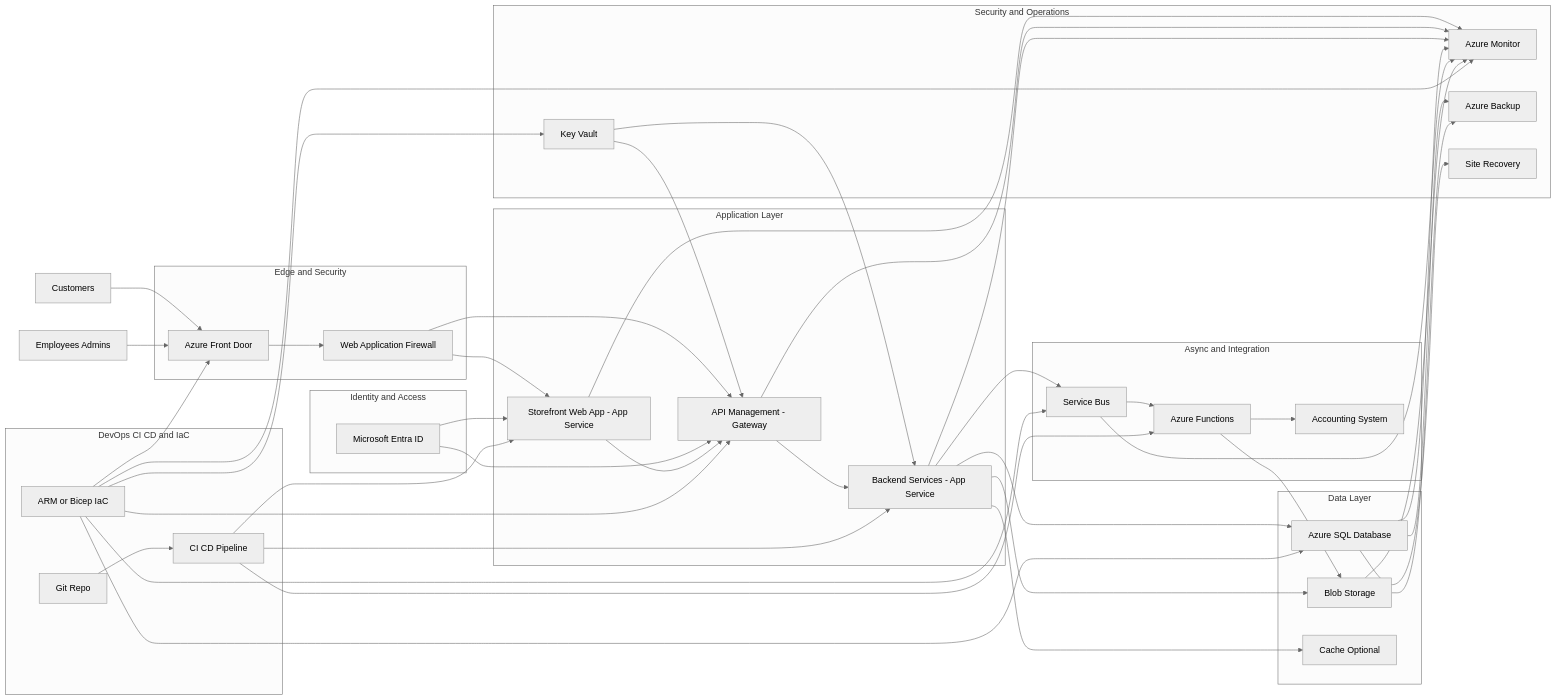
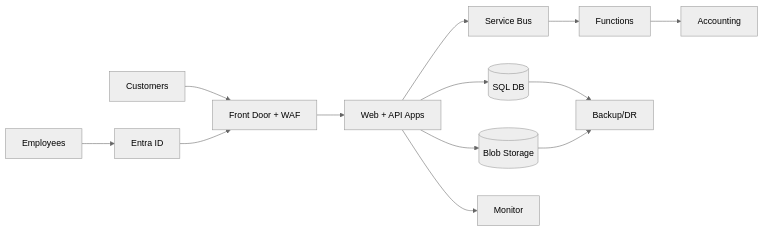
Before and after one commit to Ilyzazai/assignment2_cloudcomputing_diagram: the diagram in README.md, drawn with Mermaid (neutral theme).

````diff
--- a/README.md
+++ b/README.md
@@ -3,89 +3,18 @@
 ```mermaid
 flowchart LR
 
-%% USERS
-U[Customers] --> FD
-E[Employees Admins] --> FD
+U[Customers] --> FD[Front Door + WAF]
+E[Employees] --> ID[Entra ID]
+ID --> FD
 
-%% EDGE
-subgraph Edge[Edge and Security]
-FD[Azure Front Door] --> WAF[Web Application Firewall]
-end
+FD --> APP[Web + API Apps]
+APP --> DB[(SQL DB)]
+APP --> ST[(Blob Storage)]
+APP --> BUS[Service Bus]
+BUS --> FN[Functions]
+FN --> ACC[Accounting]
+APP --> MON[Monitor]
+DB --> BAK[Backup/DR]
+ST --> BAK
 
-WAF --> WEB
-WAF --> APIM
-
-%% IDENTITY
-subgraph Identity[Identity and Access]
-ENTRA[Microsoft Entra ID]
-end
-
-ENTRA --> WEB
-ENTRA --> APIM
-
-%% APP
-subgraph App[Application Layer]
-WEB[Storefront Web App - App Service] --> APIM[API Management - Gateway]
-APIM --> SVC[Backend Services - App Service]
-end
-
-%% DATA
-subgraph Data[Data Layer]
-SQL[Azure SQL Database]
-BLOB[Blob Storage]
-CACHE[Cache Optional]
-end
-
-SVC --> SQL
-SVC --> BLOB
-SVC --> CACHE
-
-%% INTEGRATION
-subgraph Integration[Async and Integration]
-SB[Service Bus] --> FUNC[Azure Functions]
-ACC[Accounting System]
-end
-
-SVC --> SB
-FUNC --> BLOB
-FUNC --> ACC
-
-%% OPS
-subgraph Ops[Security and Operations]
-KV[Key Vault]
-MON[Azure Monitor]
-BAK[Azure Backup]
-DR[Site Recovery]
-end
-
-KV --> SVC
-KV --> APIM
-
-WEB --> MON
-APIM --> MON
-SVC --> MON
-SQL --> MON
-SB --> MON
-BLOB --> MON
-
-SQL --> BAK
-BLOB --> BAK
-SQL --> DR
-
-%% DEVOPS
-subgraph DevOps[DevOps CI CD and IaC]
-GIT[Git Repo] --> PIPE[CI CD Pipeline]
-IAC[ARM or Bicep IaC]
-end
-
-PIPE --> WEB
-PIPE --> SVC
-PIPE --> FUNC
-
-IAC --> FD
-IAC --> APIM
-IAC --> SQL
-IAC --> SB
-IAC --> KV
-IAC --> MON
 ```
````
